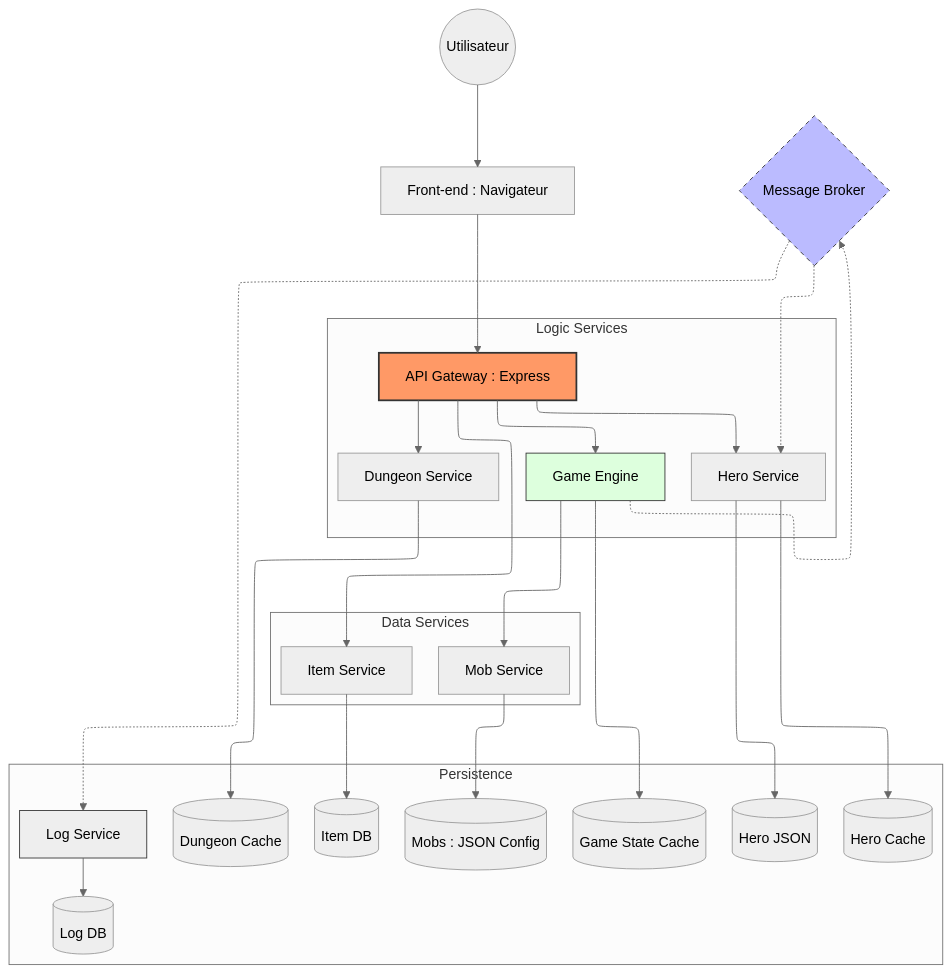
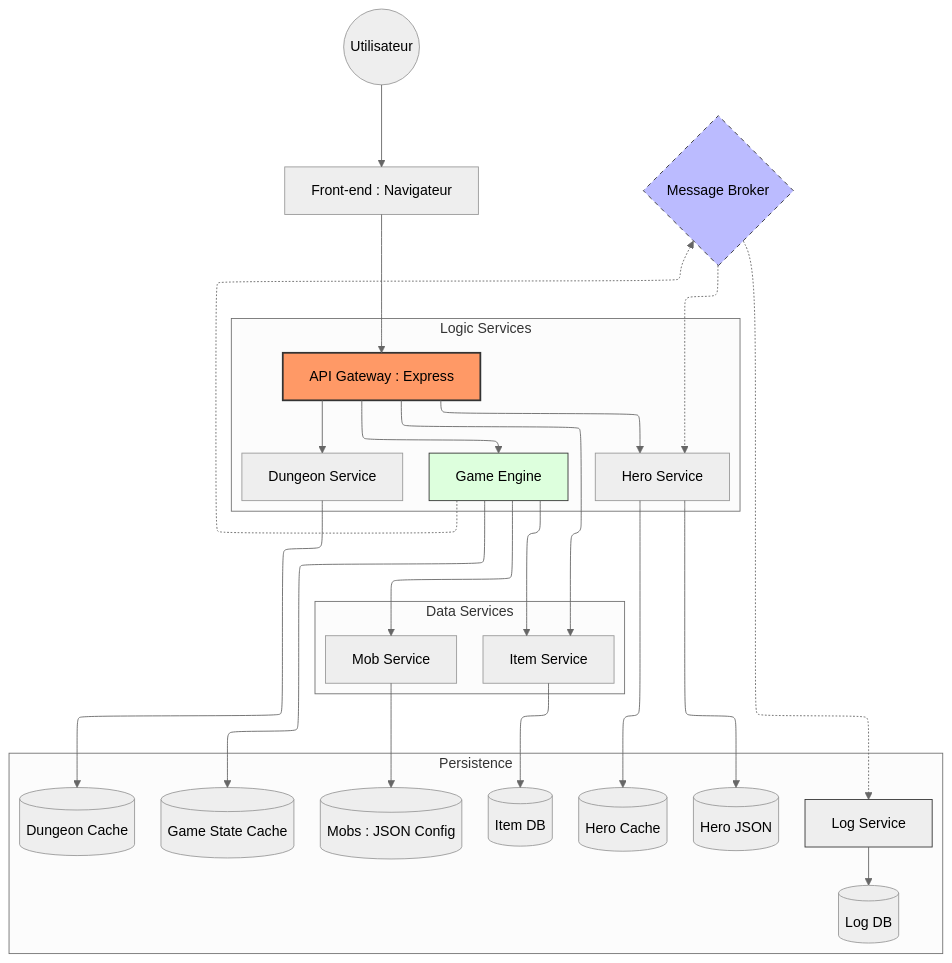
Before and after one commit to 18Nilsou/Micro-Donjon: the diagram in Micro-Donjon.mmd, drawn with Mermaid. The commit also changed 1 other file, not shown here.

Commit message:
add open api for game engine

```diff
--- a/Micro-Donjon.mmd
+++ b/Micro-Donjon.mmd
@@ -1,43 +1,44 @@
 ---
 config:
   theme: neutral
   look: classic
   layout: elk
 ---
 flowchart TB
  subgraph subGraph0["Logic Services"]
         HeroSvc["Hero Service"]
         Gateway["API Gateway : Express"]
         Engine["Game Engine"]
         DungeonSvc["Dungeon Service"]
   end
  subgraph subGraph1["Data Services"]
         ItemSvc["Item Service"]
         MobSvc["Mob Service"]
   end
  subgraph Persistence["Persistence"]
         HeroDB[("Hero JSON")]
         HeroCache[("Hero Cache")]
         LogDB[("Log DB")]
         LogSvc["Log Service"]
         ItemDB[("Item DB")]
         MobData[("Mobs : JSON Config")]
         DunCache[("Dungeon Cache")]
         EngineCache[("Game State Cache")]
   end
     User(("Utilisateur")) --> Front["Front-end : Navigateur"]
     Front --> Gateway
     Gateway --> HeroSvc & Engine & DungeonSvc & ItemSvc
     Engine --> MobSvc & EngineCache
     Engine -.-> Broker{"Message Broker"}
+    Engine --> ItemSvc
     Broker -.-> HeroSvc & LogSvc
     HeroSvc --> HeroDB & HeroCache
     LogSvc --> LogDB
     ItemSvc --> ItemDB
     MobSvc --> MobData
     DungeonSvc --> DunCache
 
     style Gateway fill:#f96,stroke:#333,stroke-width:2px
     style Engine fill:#dfd,stroke:#333
     style LogSvc fill:#eee,stroke:#333
     style Broker fill:#bbf,stroke:#333,stroke-dasharray: 5 5
```
